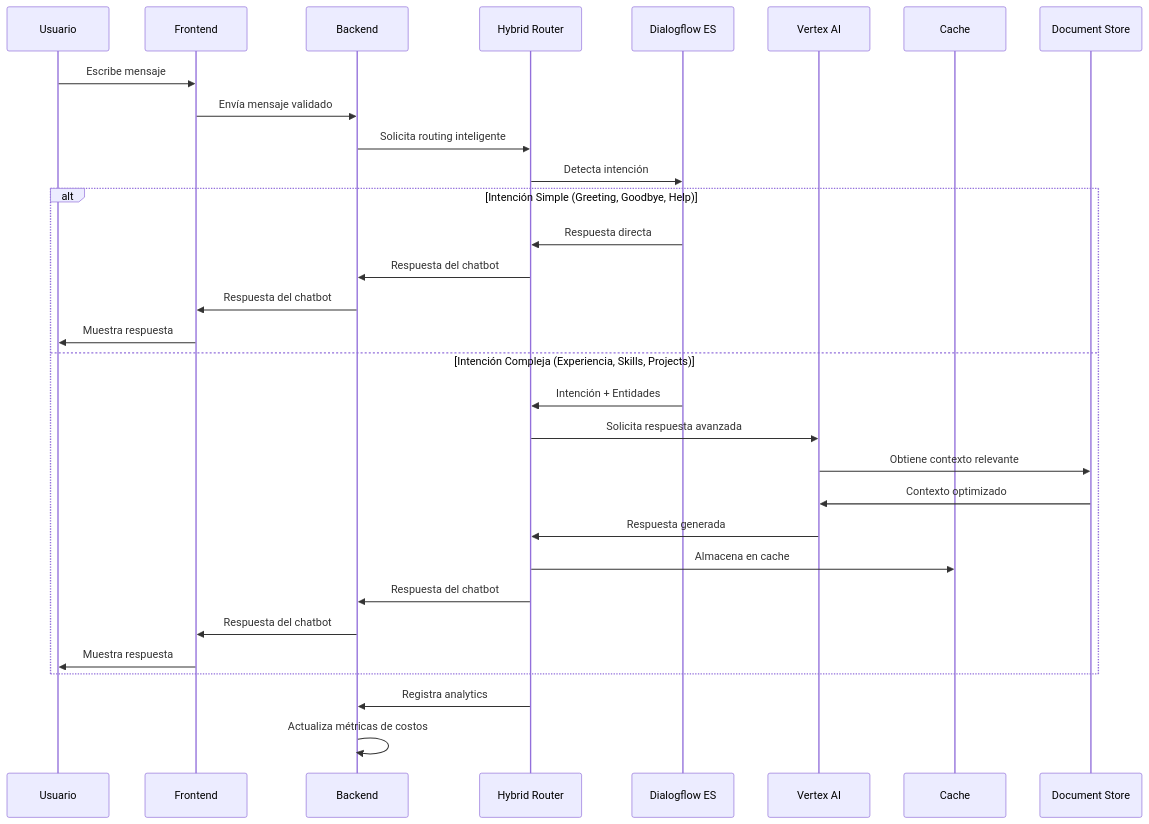
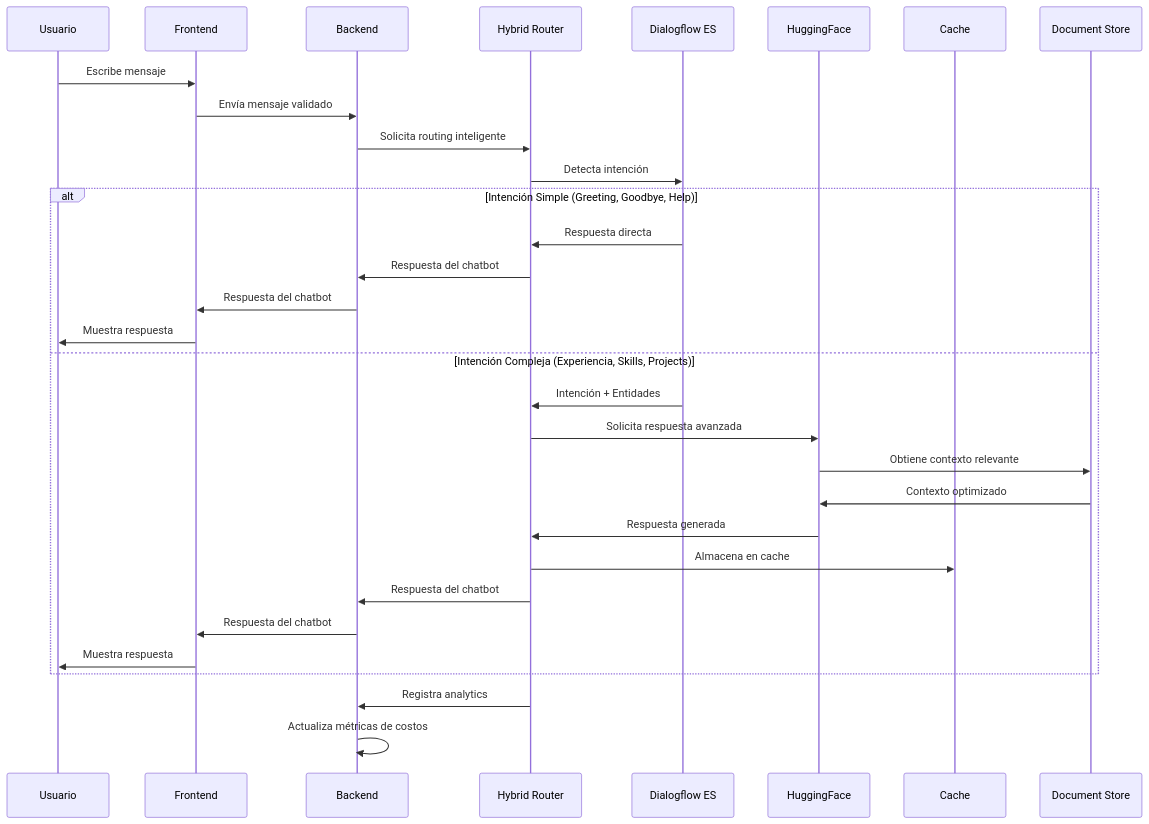
Before and after one commit to aandmaldonado/ai-resume-agent: the second of 11 diagrams in docs/design.md, drawn with Mermaid. The commit also changed other lines of this file and 60 other files, not shown here.

````diff
--- a/docs/design.md
+++ b/docs/design.md
@@ -108,37 +108,37 @@
 ```mermaid
 sequenceDiagram
     participant U as Usuario
     participant F as Frontend
     participant B as Backend
     participant G as Hybrid Router
     participant D as Dialogflow ES
-    participant V as Vertex AI
+    participant V as HuggingFace
     participant C as Cache
     participant S as Document Store
     
     U->>F: Escribe mensaje
     F->>B: Envía mensaje validado
     B->>G: Solicita routing inteligente
     
     G->>D: Detecta intención
     
     alt Intención Simple (Greeting, Goodbye, Help)
         D->>G: Respuesta directa
         G->>B: Respuesta del chatbot
         B->>F: Respuesta del chatbot
         F->>U: Muestra respuesta
     else Intención Compleja (Experiencia, Skills, Projects)
         D->>G: Intención + Entidades
         G->>V: Solicita respuesta avanzada
         V->>S: Obtiene contexto relevante
         S->>V: Contexto optimizado
         V->>G: Respuesta generada
         G->>C: Almacena en cache
         G->>B: Respuesta del chatbot
         B->>F: Respuesta del chatbot
         F->>U: Muestra respuesta
     end
     
     G->>B: Registra analytics
     B->>B: Actualiza métricas de costos
 ```
````
